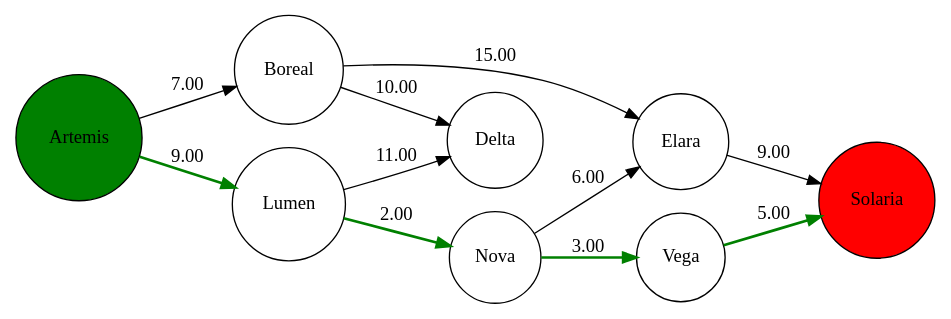
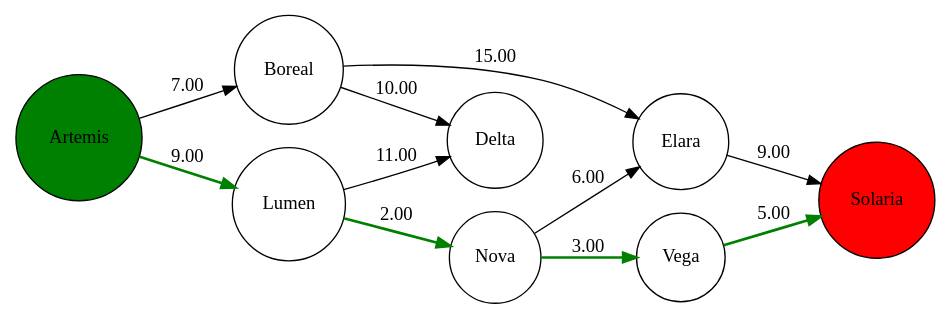
The diagram in exemplos/cidades/saida.dot (lucasmelodev1/grafos-astar), drawn with Graphviz before and after one commit. The commit also changed other lines of this file and 15 other files, not shown here.

```diff
--- a/exemplos/cidades/saida.dot
+++ b/exemplos/cidades/saida.dot
@@ -1,16 +1,16 @@
 digraph G {
   rankdir=LR;
   node [shape=circle];
   "Artemis" [style=filled, fillcolor=green];
   "Solaria" [style=filled, fillcolor=red];
+  "Nova" -> "Elara" [label="6.00", style=solid, color=black];
+  "Nova" -> "Vega" [label="3.00", style=bold, color=green];
+  "Vega" -> "Solaria" [label="5.00", style=bold, color=green];
+  "Elara" -> "Solaria" [label="9.00", style=solid, color=black];
   "Artemis" -> "Boreal" [label="7.00", style=solid, color=black];
   "Artemis" -> "Lumen" [label="9.00", style=bold, color=green];
   "Boreal" -> "Delta" [label="10.00", style=solid, color=black];
   "Boreal" -> "Elara" [label="15.00", style=solid, color=black];
   "Lumen" -> "Delta" [label="11.00", style=solid, color=black];
   "Lumen" -> "Nova" [label="2.00", style=bold, color=green];
-  "Nova" -> "Elara" [label="6.00", style=solid, color=black];
-  "Nova" -> "Vega" [label="3.00", style=bold, color=green];
-  "Vega" -> "Solaria" [label="5.00", style=bold, color=green];
-  "Elara" -> "Solaria" [label="9.00", style=solid, color=black];
 }
```
